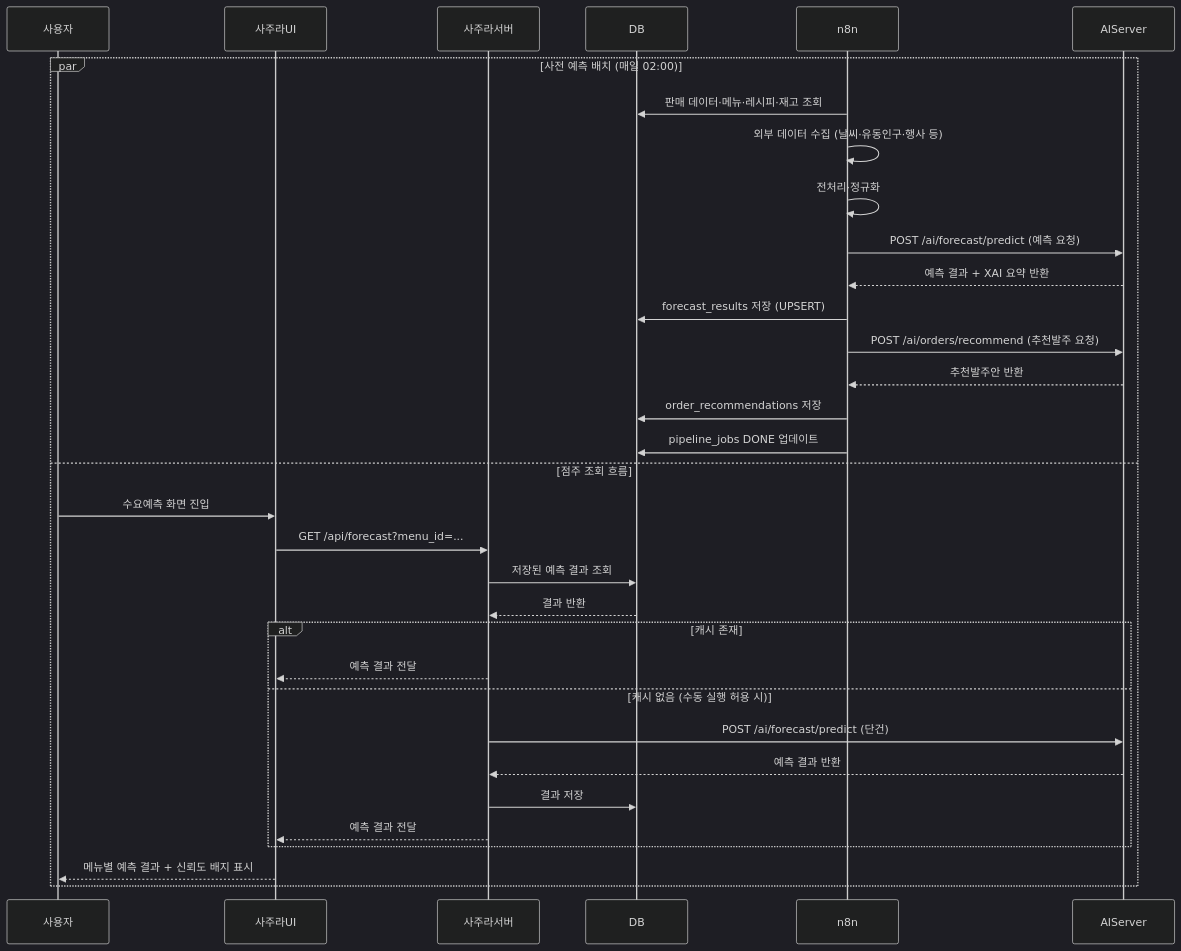
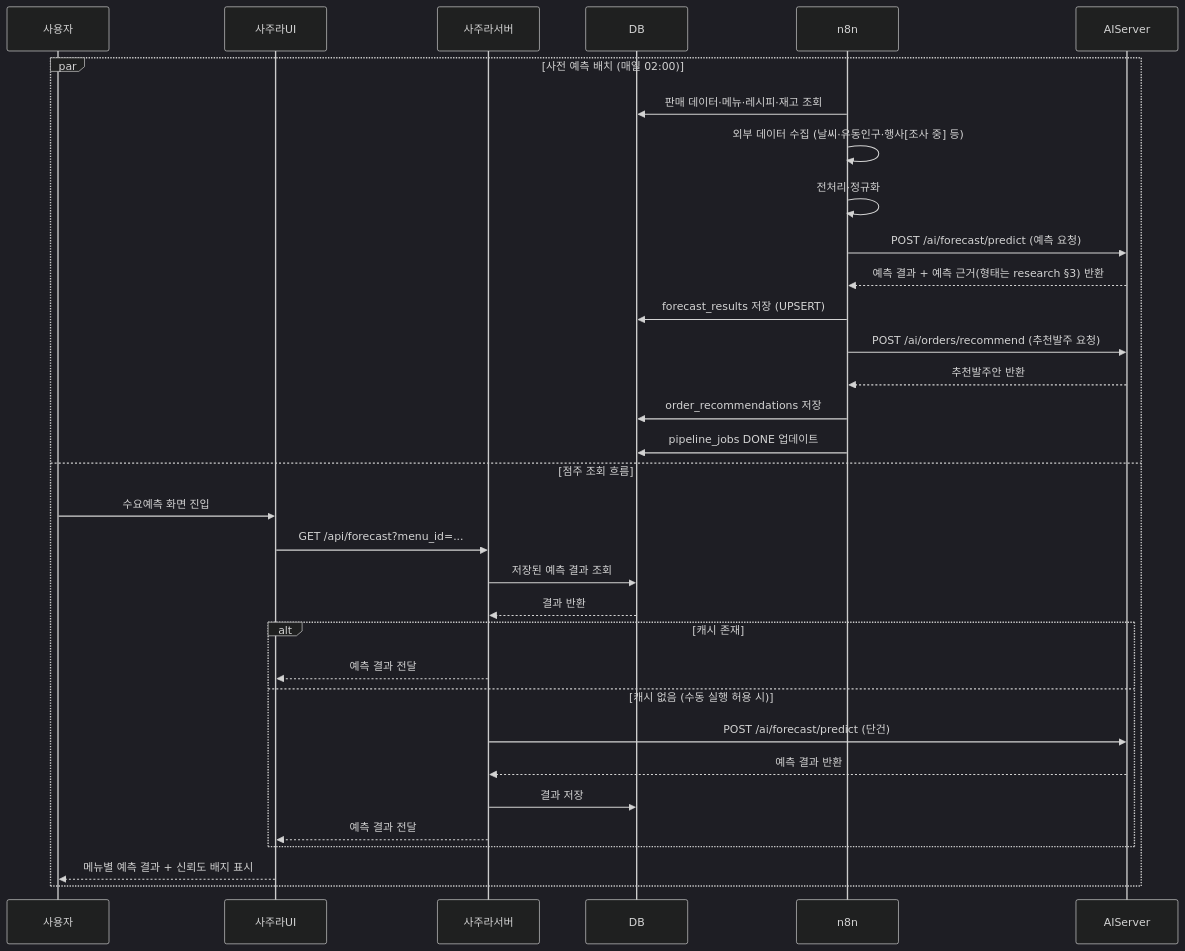
The second of 7 diagrams in docs/spec/04_flow/sequence.md (h-taek/CapstoneDesign_Sajura), drawn with Mermaid (dark theme) before and after one commit. The commit also changed other lines of this file and 20 other files, not shown here.

````diff
--- a/docs/spec/04_flow/sequence.md
+++ b/docs/spec/04_flow/sequence.md
@@ -111,36 +111,36 @@
 ```mermaid
 sequenceDiagram
     participant 사용자
     participant 사주라UI
     participant 사주라서버
     participant DB
     participant n8n
     participant AIServer
 
     par 사전 예측 배치 (매일 02:00)
         n8n->>DB: 판매 데이터·메뉴·레시피·재고 조회
-        n8n->>n8n: 외부 데이터 수집 (날씨·유동인구·행사 등)
+        n8n->>n8n: 외부 데이터 수집 (날씨·유동인구·행사[조사 중] 등)
         n8n->>n8n: 전처리·정규화
         n8n->>AIServer: POST /ai/forecast/predict (예측 요청)
-        AIServer-->>n8n: 예측 결과 + XAI 요약 반환
+        AIServer-->>n8n: 예측 결과 + 예측 근거(형태는 research §3) 반환
         n8n->>DB: forecast_results 저장 (UPSERT)
         n8n->>AIServer: POST /ai/orders/recommend (추천발주 요청)
         AIServer-->>n8n: 추천발주안 반환
         n8n->>DB: order_recommendations 저장
         n8n->>DB: pipeline_jobs DONE 업데이트
     and 점주 조회 흐름
         사용자->>사주라UI: 수요예측 화면 진입
         사주라UI->>사주라서버: GET /api/forecast?menu_id=...
         사주라서버->>DB: 저장된 예측 결과 조회
         DB-->>사주라서버: 결과 반환
         alt 캐시 존재
             사주라서버-->>사주라UI: 예측 결과 전달
         else 캐시 없음 (수동 실행 허용 시)
             사주라서버->>AIServer: POST /ai/forecast/predict (단건)
             AIServer-->>사주라서버: 예측 결과 반환
             사주라서버->>DB: 결과 저장
             사주라서버-->>사주라UI: 예측 결과 전달
         end
         사주라UI-->>사용자: 메뉴별 예측 결과 + 신뢰도 배지 표시
     end
 ```
````
